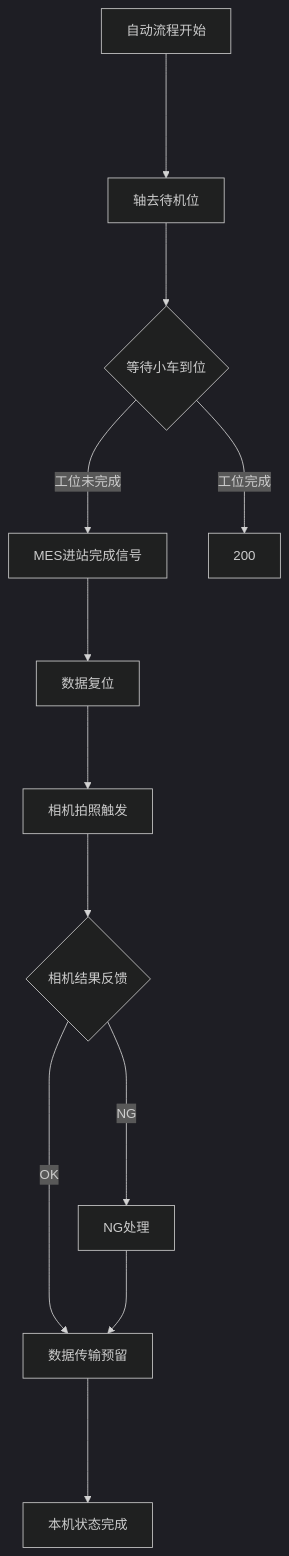
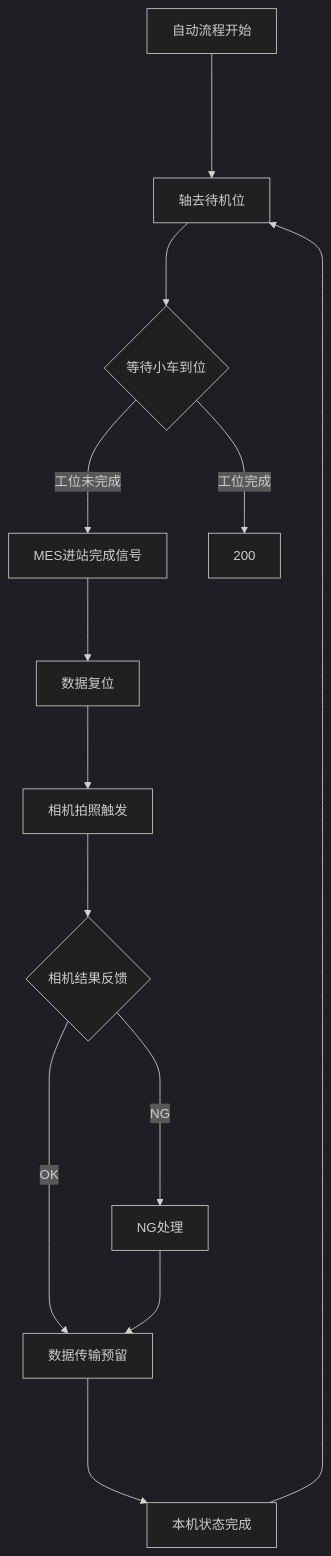
The diagram in all/OP70工位相机模组1.md (zmq000/iodraw-files), drawn with Mermaid (dark theme) before and after one commit.

Commit message:
2026-06-17 19:08:34 update

````diff
--- a/all/OP70工位相机模组1.md
+++ b/all/OP70工位相机模组1.md
@@ -1,16 +1,17 @@
 ```mermaid
 graph TD
 自动流程开始---->10
 10[轴去待机位]--->20
 20{等待小车到位}--->|工位未完成|100
 20--->|工位完成|200
 100[MES进站完成信号]--->110
 110[数据复位]--->120
 120[相机拍照触发]--->130
 130{相机结果反馈}--->|OK|150
 130---->|NG|140
 140[NG处理]--->150
 150[数据传输预留]---->160
-160[本机状态完成]
+160[本机状态完成]--->10
+
 
 ```
````
